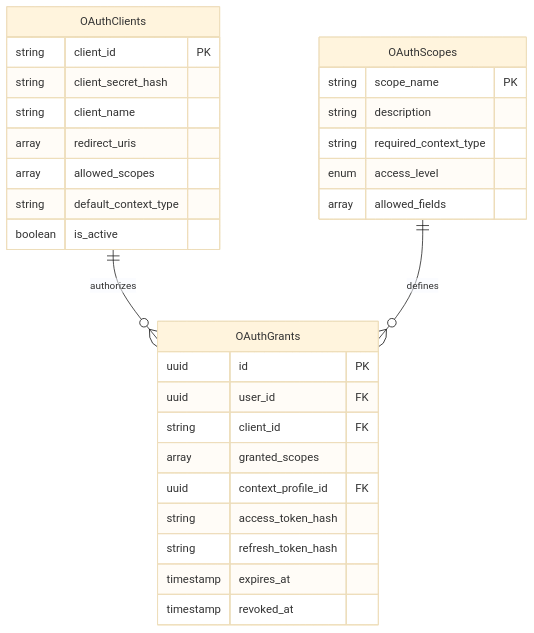
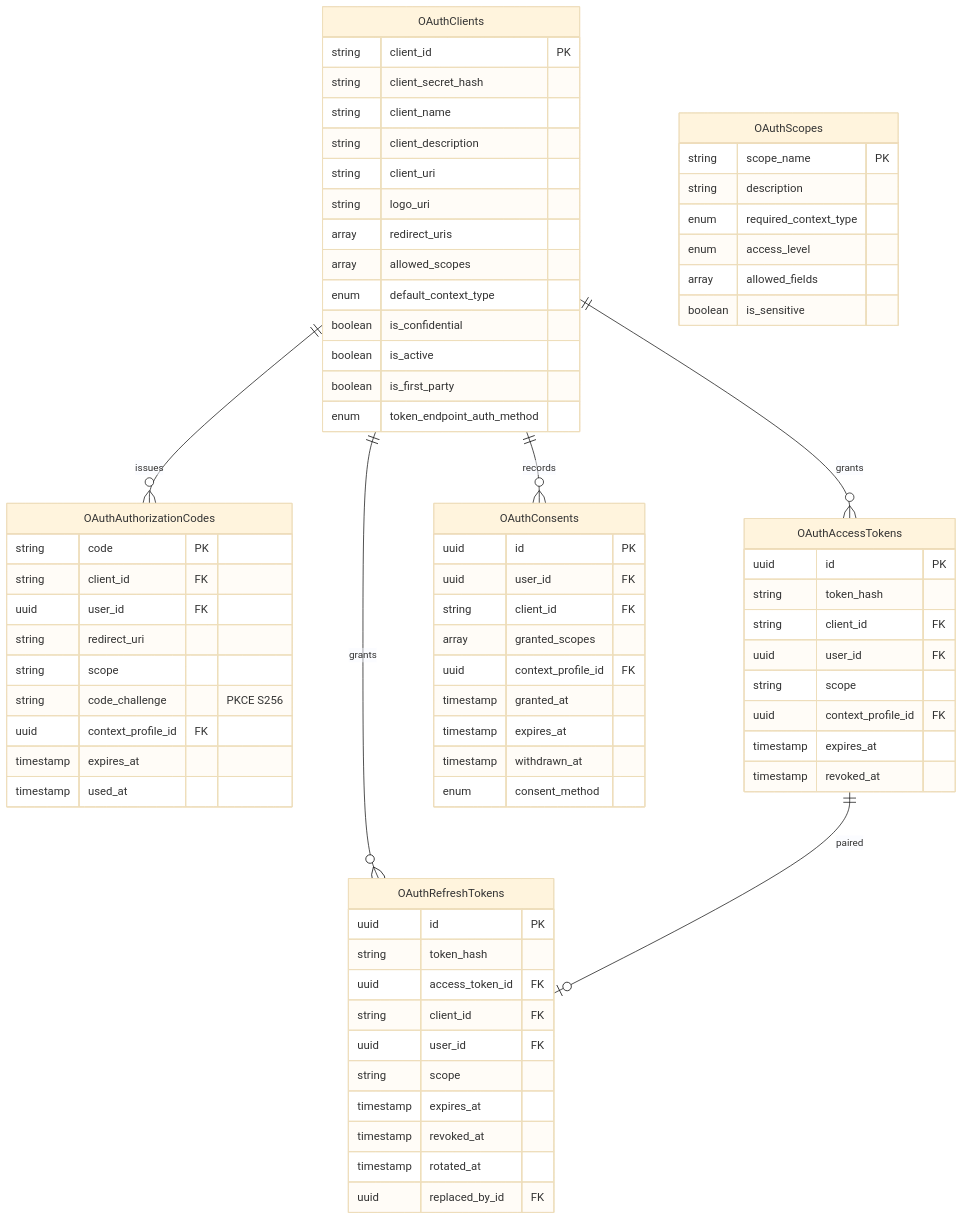
The fourth of 5 diagrams in architecture/data-architecture.qmd (mastrolinux/final-project), drawn with Mermaid (base theme) before and after one commit. The commit also changed other lines of this file, not shown here.

Commit message:
Update data-architecture.qmd to reflect actual implementation

````diff
--- a/architecture/data-architecture.qmd
+++ b/architecture/data-architecture.qmd
@@ -139,35 +146,81 @@
 ```{mermaid}
 erDiagram
-    OAuthClients ||--o{ OAuthGrants : authorizes
-    OAuthScopes ||--o{ OAuthGrants : defines
-    
+    OAuthClients ||--o{ OAuthAuthorizationCodes : issues
+    OAuthClients ||--o{ OAuthAccessTokens : grants
+    OAuthClients ||--o{ OAuthRefreshTokens : grants
+    OAuthClients ||--o{ OAuthConsents : records
+    OAuthAccessTokens ||--o| OAuthRefreshTokens : paired
+
     OAuthClients {
         string client_id PK
         string client_secret_hash
         string client_name
+        string client_description
+        string client_uri
+        string logo_uri
         array redirect_uris
         array allowed_scopes
-        string default_context_type
+        enum default_context_type
+        boolean is_confidential
         boolean is_active
+        boolean is_first_party
+        enum token_endpoint_auth_method
     }
-    
-    OAuthGrants {
+
+    OAuthAuthorizationCodes {
+        string code PK
+        string client_id FK
+        uuid user_id FK
+        string redirect_uri
+        string scope
+        string code_challenge "PKCE S256"
+        uuid context_profile_id FK
+        timestamp expires_at
+        timestamp used_at
+    }
+
+    OAuthAccessTokens {
+        uuid id PK
+        string token_hash
+        string client_id FK
+        uuid user_id FK
+        string scope
+        uuid context_profile_id FK
+        timestamp expires_at
+        timestamp revoked_at
+    }
+
+    OAuthRefreshTokens {
+        uuid id PK
+        string token_hash
+        uuid access_token_id FK
+        string client_id FK
+        uuid user_id FK
+        string scope
+        timestamp expires_at
+        timestamp revoked_at
+        timestamp rotated_at
+        uuid replaced_by_id FK
+    }
+
+    OAuthConsents {
         uuid id PK
         uuid user_id FK
         string client_id FK
         array granted_scopes
         uuid context_profile_id FK
-        string access_token_hash
-        string refresh_token_hash
+        timestamp granted_at
         timestamp expires_at
-        timestamp revoked_at
+        timestamp withdrawn_at
+        enum consent_method
     }
-    
+
     OAuthScopes {
         string scope_name PK
         string description
-        string required_context_type
+        enum required_context_type
         enum access_level
         array allowed_fields
+        boolean is_sensitive
     }
 ```
````
